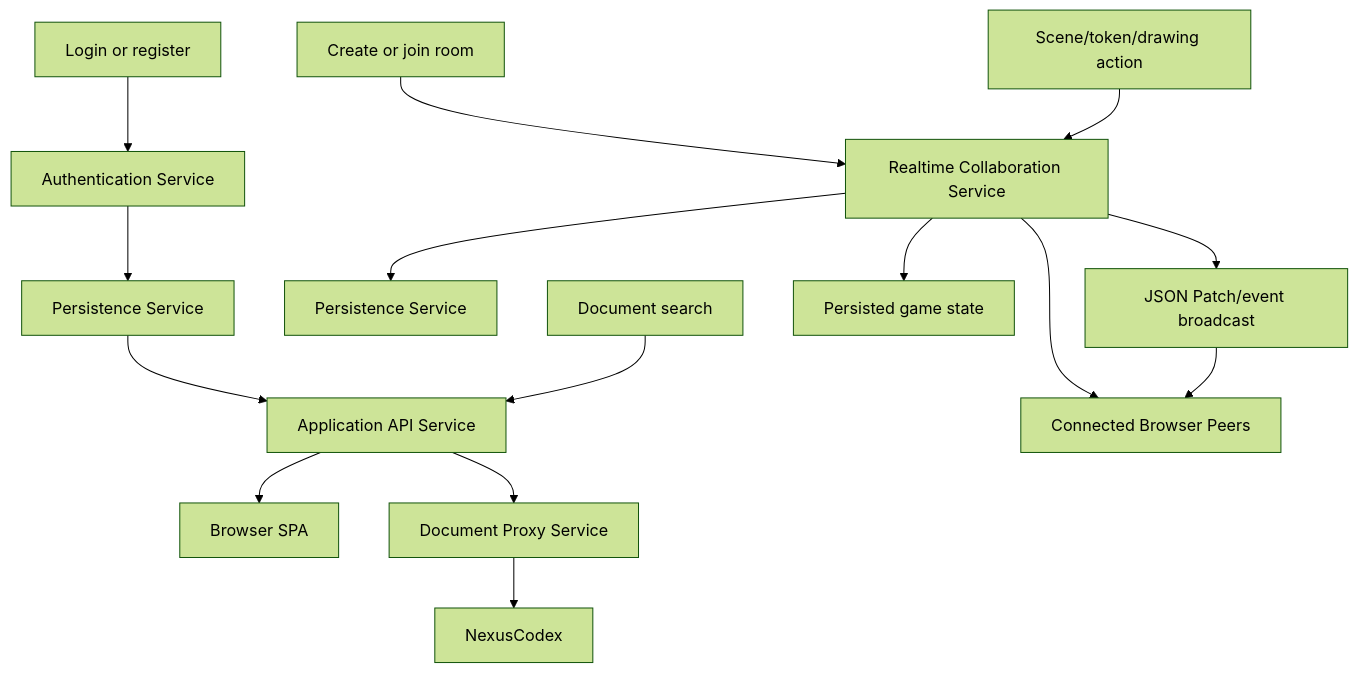
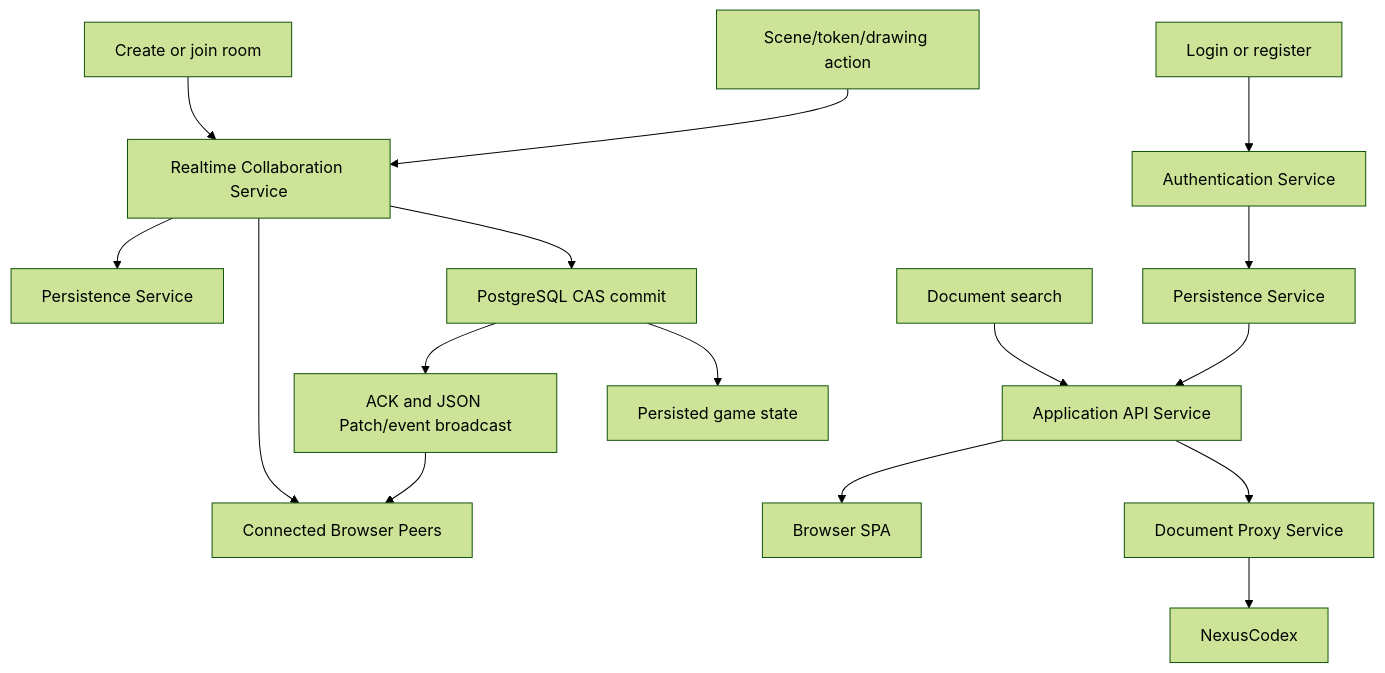
The diagram in docs/DoDEA/SvcV-4.md (joelmale/nexusVTT), drawn with Mermaid (forest theme) before and after one commit. The commit also changed other lines of this file and 225 other files, not shown here.

First line of the commit message:
Harden architecture and production resilience

````diff
--- a/docs/DoDEA/SvcV-4.md
+++ b/docs/DoDEA/SvcV-4.md
@@ -20,20 +20,21 @@
 ```mermaid
 flowchart TD
   login[Login or register] --> auth[Authentication Service]
   auth --> persist[Persistence Service]
   persist --> api[Application API Service]
   api --> client[Browser SPA]
 
   createRoom[Create or join room] --> ws[Realtime Collaboration Service]
   ws --> sessionDb[Persistence Service]
   ws --> peers[Connected Browser Peers]
 
   gameAction[Scene/token/drawing action] --> ws
-  ws --> patch[JSON Patch/event broadcast]
+  ws --> durableCommit[PostgreSQL CAS commit]
+  durableCommit --> patch[ACK and JSON Patch/event broadcast]
   patch --> peers
-  ws --> savedState[Persisted game state]
+  durableCommit --> savedState[Persisted game state]
 
   docSearch[Document search] --> api
   api --> docProxy[Document Proxy Service]
   docProxy --> codex[NexusCodex]
 ```
````
